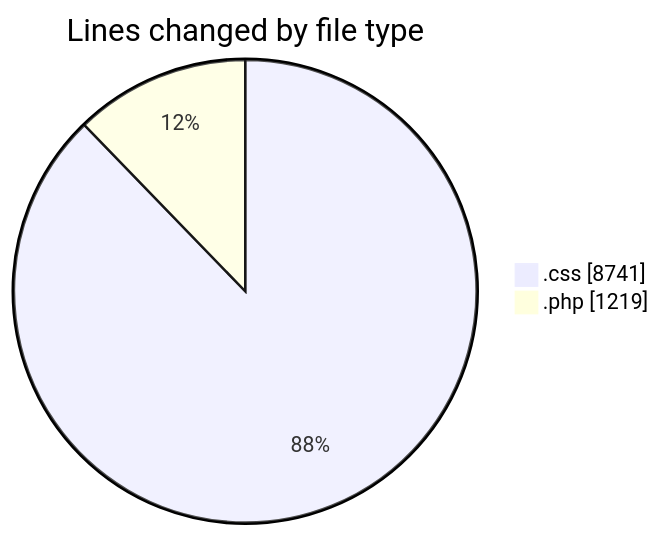
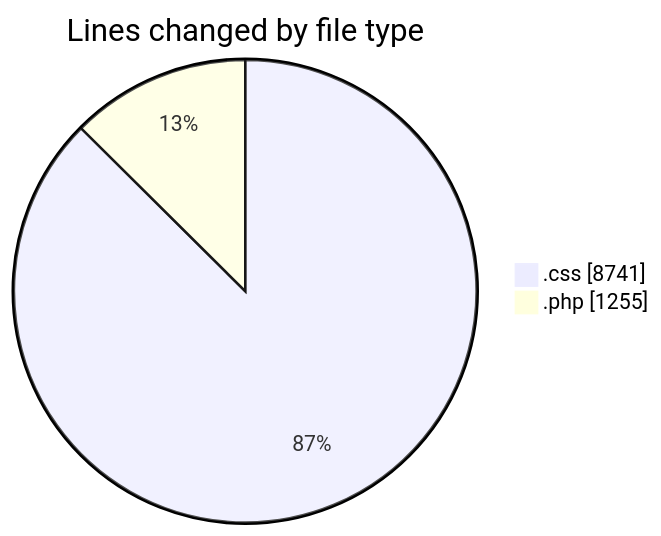
The first of 2 diagrams in 2025-02-14/checkout_original/README.md (robertbonfada/code-tracking), drawn with Mermaid before and after one commit. The commit also changed other lines of this file and 1 other file, not shown here.

````diff
--- a/2025-02-14/checkout_original/README.md
+++ b/2025-02-14/checkout_original/README.md
@@ -21,6 +21,6 @@
 ```mermaid
 pie showData
 title Lines changed by file type
 ".css" : 8741
-".php" : 1219
+".php" : 1255
 ```
````
